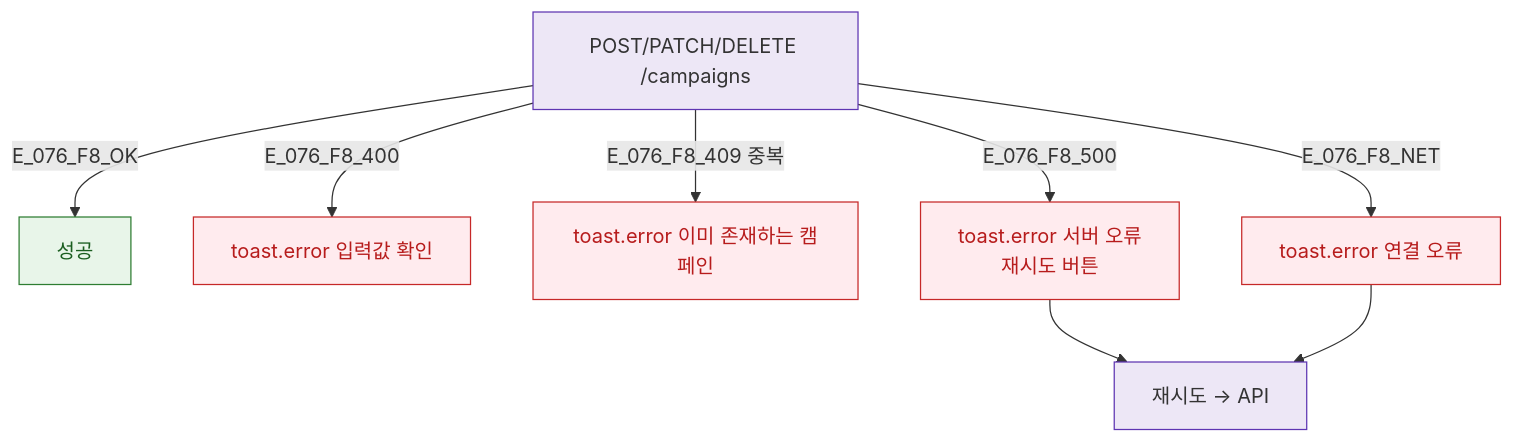
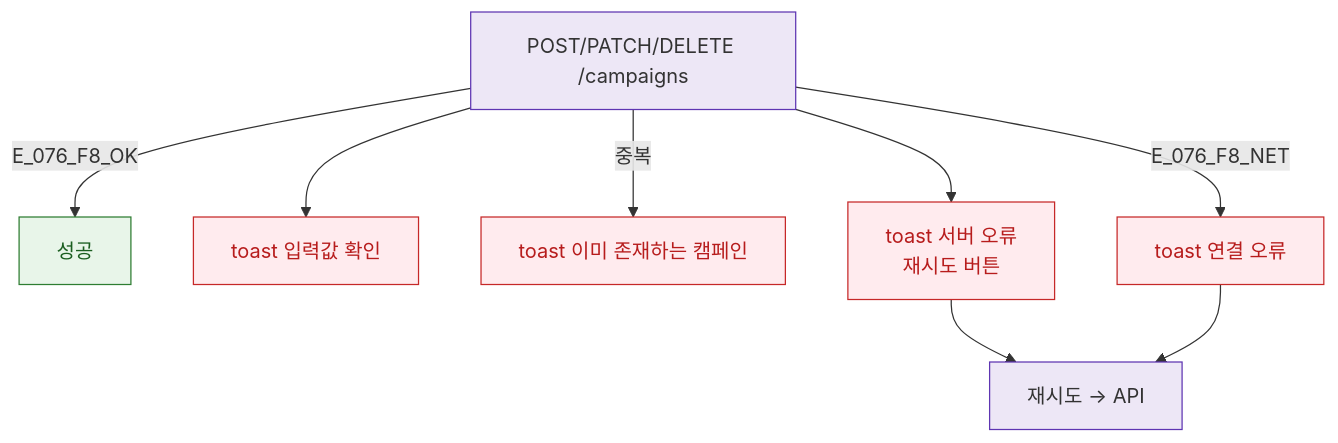
Before and after one commit to dev-spogym/admin-pando: the diagram in docs/다이어그램/D08_마케팅/SCR-076_캠페인관리/F8_에러예외복구.md, drawn with Mermaid. The commit also changed other lines of this file and 1660 other files, not shown here.

First line of the commit message:
다이어그램: 기획자/클라이언트 납품본으로 정리

````diff
--- a/docs/다이어그램/D08_마케팅/SCR-076_캠페인관리/F8_에러예외복구.md
+++ b/docs/다이어그램/D08_마케팅/SCR-076_캠페인관리/F8_에러예외복구.md
@@ -14,19 +12,19 @@
 ```mermaid
 flowchart TD
-  API[POST/PATCH/DELETE /campaigns] -->|E_076_F8_OK| SUCCESS[성공]
-  API -->|E_076_F8_400| ERR_400[toast.error 입력값 확인]
-  API -->|E_076_F8_409 중복| ERR_409[toast.error 이미 존재하는 캠페인]
-  API -->|E_076_F8_500| ERR_500[toast.error 서버 오류\n재시도 버튼]
-  API -->|E_076_F8_NET| ERR_NET[toast.error 연결 오류]
+  API[POST/PATCH/DELETE /campaigns] -->|E_076_F8_OK|SUCCESS[성공]
+  API --> ERR_400[toast 입력값 확인]
+  API -->|중복|ERR_409[toast 이미 존재하는 캠페인]
+  API --> ERR_500[toast 서버 오류\n재시도 버튼]
+  API -->|E_076_F8_NET|ERR_NET[toast 연결 오류]
 
   ERR_500 --> RETRY[재시도 → API]
   ERR_NET --> RETRY
 
   classDef success fill:#E8F5E9,stroke:#2E7D32,color:#1B5E20
-  classDef error   fill:#FFEBEE,stroke:#C62828,color:#B71C1C
-  classDef system  fill:#EDE7F6,stroke:#5E35B2
+  classDef error fill:#FFEBEE,stroke:#C62828,color:#B71C1C
+  classDef system fill:#EDE7F6,stroke:#5E35B2
 
   class SUCCESS success
   class ERR_400,ERR_409,ERR_500,ERR_NET error
   class API,RETRY system
 ```
````
